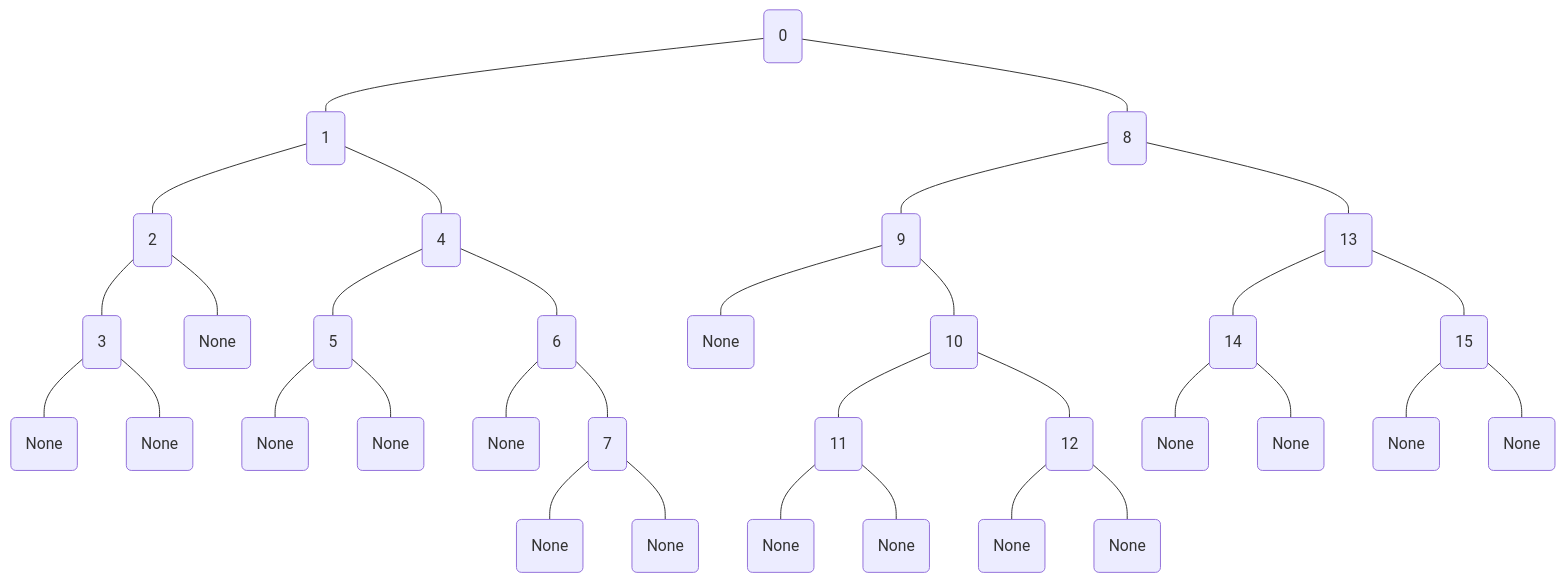
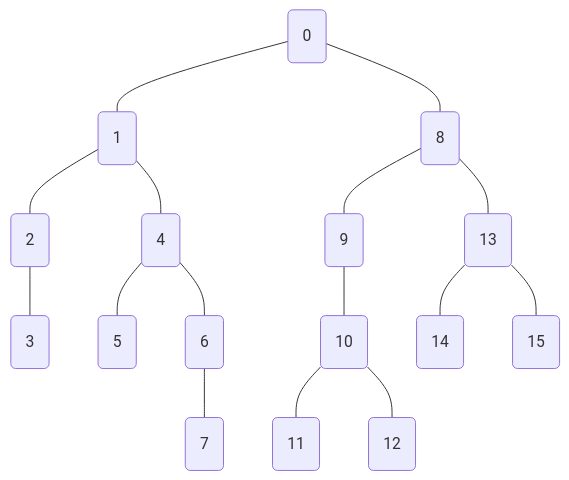
One commit to DLatreyte/hugo-site-source changed the second of 2 diagrams in content/terminales-nsi/chap-9/2-arbres-binaires.md. Above: the diagram before and after it, drawn with Mermaid. The commit also changed other lines of this file, not shown here.

```diff
--- a/content/terminales-nsi/chap-9/2-arbres-binaires.md
+++ b/content/terminales-nsi/chap-9/2-arbres-binaires.md
@@ -439,35 +439,18 @@
 {{% mermaid %}}
 graph TD
     0(0) --- 1(1)
     0 --- 8(8)
     1 --- 2(2)
     2 --- 3(3)
-    2 --- A(None)
     1 --- 4(4)
     4 --- 5(5)
     4 --- 6(6)
-    6 --- B(None)
     6 --- 7(7)
     8 --- 9(9)
     8 --- 13(13)
-    9 --- C(None)
     9 --- 10(10)
     10 --- 11(11)
     10 --- 12(12)
     13 --- 14(14)
     13 --- 15(15)
-    3 --- D(None)
-    3 --- E(None)
-    5 --- F(None)
-    5 --- G(None)
-    7 --- H(None)
-    7 --- I(None)
-    11 --- J(None)
-    11 --- K(None)
-    12 --- L(None)
-    12 --- M(None)
-    14 --- O(None)
-    14 --- P(None)
-    15 --- Q(None)
-    15 --- R(None)
 {{% /mermaid %}}
```
